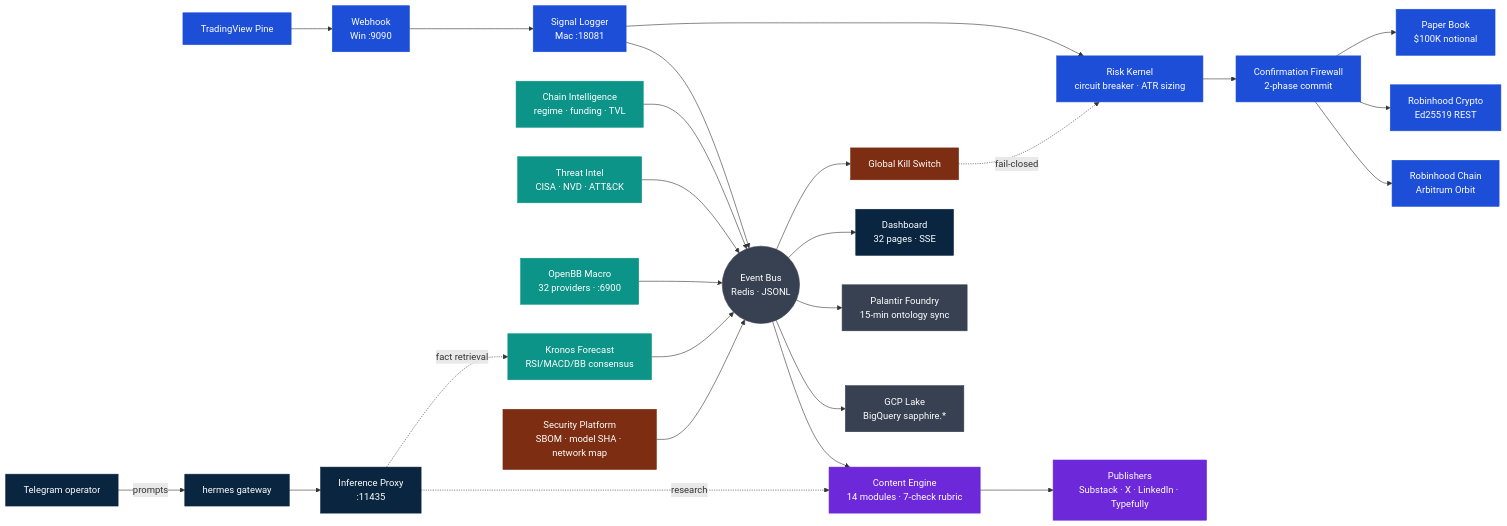
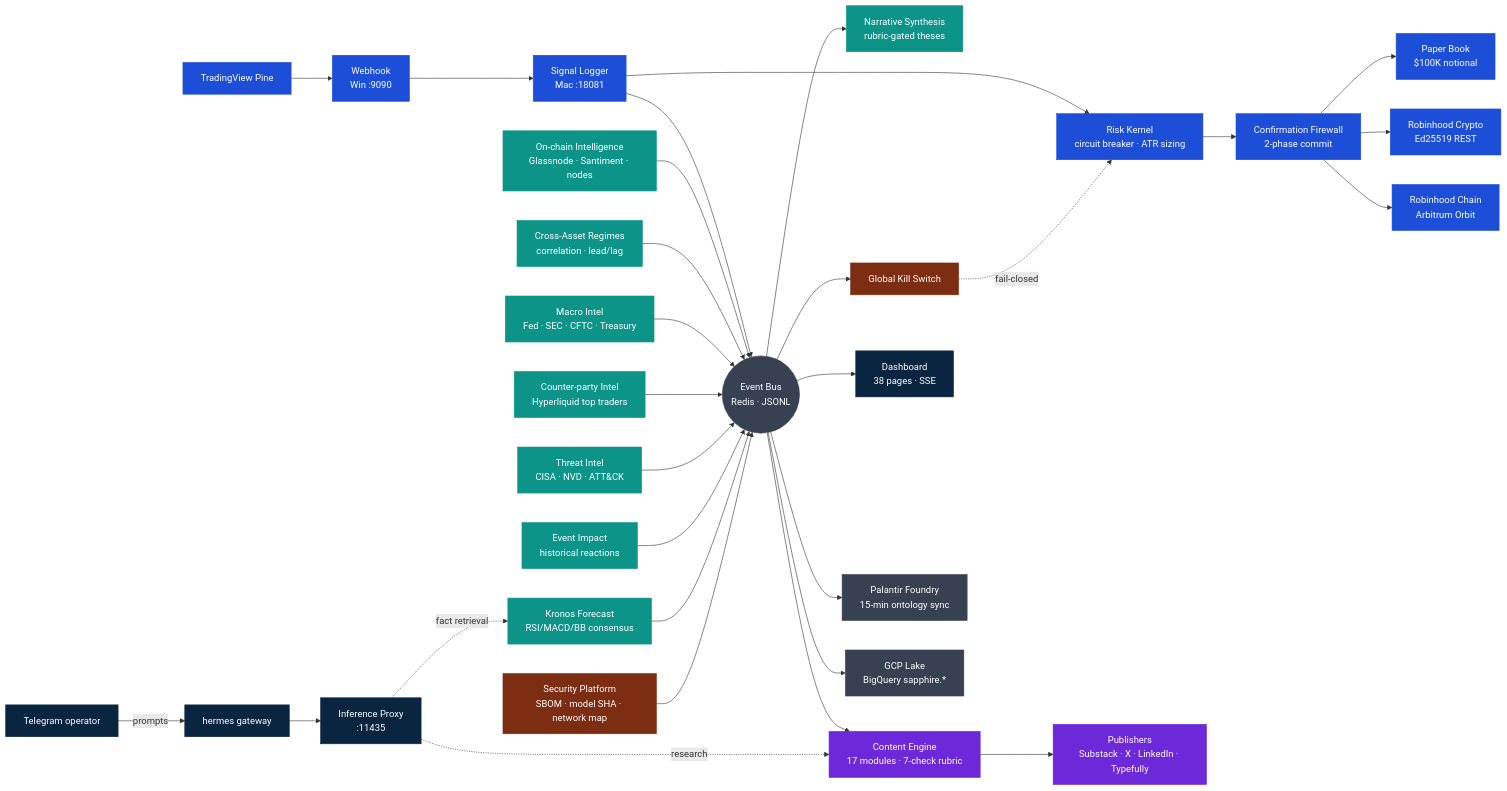
The first of 8 diagrams in README.md (arigatoexpress/Sapphire), drawn with Mermaid before and after one commit. The commit also changed other lines of this file, not shown here.

Commit message:
docs: refresh README for tranche 4 intelligence [skip ci]

````diff
--- a/README.md
+++ b/README.md
@@ -58,61 +62,69 @@
 ```mermaid
 flowchart LR
     classDef edge       fill:#0A2540,stroke:#0A2540,color:#fff
     classDef trading    fill:#1d4ed8,stroke:#1d4ed8,color:#fff
     classDef intel      fill:#0d9488,stroke:#0d9488,color:#fff
     classDef security   fill:#7c2d12,stroke:#7c2d12,color:#fff
     classDef content    fill:#6d28d9,stroke:#6d28d9,color:#fff
     classDef storage    fill:#374151,stroke:#374151,color:#fff
 
     Operator[Telegram operator]:::edge
     HermesGateway[hermes gateway]:::edge
     InferenceProxy[Inference Proxy<br/>:11435]:::edge
 
     TV[TradingView Pine]:::trading
     Webhook[Webhook<br/>Win :9090]:::trading
     SignalLogger[Signal Logger<br/>Mac :18081]:::trading
     RiskKernel[Risk Kernel<br/>circuit breaker · ATR sizing]:::trading
     Confirmation[Confirmation Firewall<br/>2-phase commit]:::trading
     PaperBook[Paper Book<br/>$100K notional]:::trading
     Robinhood[Robinhood Crypto<br/>Ed25519 REST]:::trading
     Chain[Robinhood Chain<br/>Arbitrum Orbit]:::trading
 
     Bus(((Event Bus<br/>Redis · JSONL))):::storage
 
-    ChainIntel[Chain Intelligence<br/>regime · funding · TVL]:::intel
+    ChainIntel[On-chain Intelligence<br/>Glassnode · Santiment · nodes]:::intel
+    CrossAsset[Cross-Asset Regimes<br/>correlation · lead/lag]:::intel
+    MacroIntel[Macro Intel<br/>Fed · SEC · CFTC · Treasury]:::intel
+    Counterparty[Counter-party Intel<br/>Hyperliquid top traders]:::intel
     Threat[Threat Intel<br/>CISA · NVD · ATT&CK]:::intel
-    Macro[OpenBB Macro<br/>32 providers · :6900]:::intel
+    EventImpact[Event Impact<br/>historical reactions]:::intel
     Predict[Kronos Forecast<br/>RSI/MACD/BB consensus]:::intel
+    Narrative[Narrative Synthesis<br/>rubric-gated theses]:::intel
 
     SecPlatform[Security Platform<br/>SBOM · model SHA · network map]:::security
     KillSwitch[Global Kill Switch]:::security
 
-    ContentEngine[Content Engine<br/>14 modules · 7-check rubric]:::content
+    ContentEngine[Content Engine<br/>17 modules · 7-check rubric]:::content
     Publishers[Publishers<br/>Substack · X · LinkedIn · Typefully]:::content
 
-    Dashboard[Dashboard<br/>32 pages · SSE]:::edge
+    Dashboard[Dashboard<br/>38 pages · SSE]:::edge
     Foundry[Palantir Foundry<br/>15-min ontology sync]:::storage
     GCP[GCP Lake<br/>BigQuery sapphire.*]:::storage
 
     Operator -->|prompts| HermesGateway --> InferenceProxy
     TV --> Webhook --> SignalLogger --> RiskKernel --> Confirmation
     Confirmation --> PaperBook
     Confirmation --> Robinhood
     Confirmation --> Chain
 
     SignalLogger --> Bus
     ChainIntel --> Bus
+    CrossAsset --> Bus
+    MacroIntel --> Bus
+    Counterparty --> Bus
     Threat --> Bus
-    Macro --> Bus
+    EventImpact --> Bus
     Predict --> Bus
     SecPlatform --> Bus
 
     Bus --> Dashboard
+    Bus --> Narrative
     Bus --> ContentEngine --> Publishers
     Bus --> Foundry
     Bus --> GCP
     Bus --> KillSwitch -.fail-closed.-> RiskKernel
 
     InferenceProxy -.fact retrieval.-> Predict
     InferenceProxy -.research.-> ContentEngine
 ```
````
